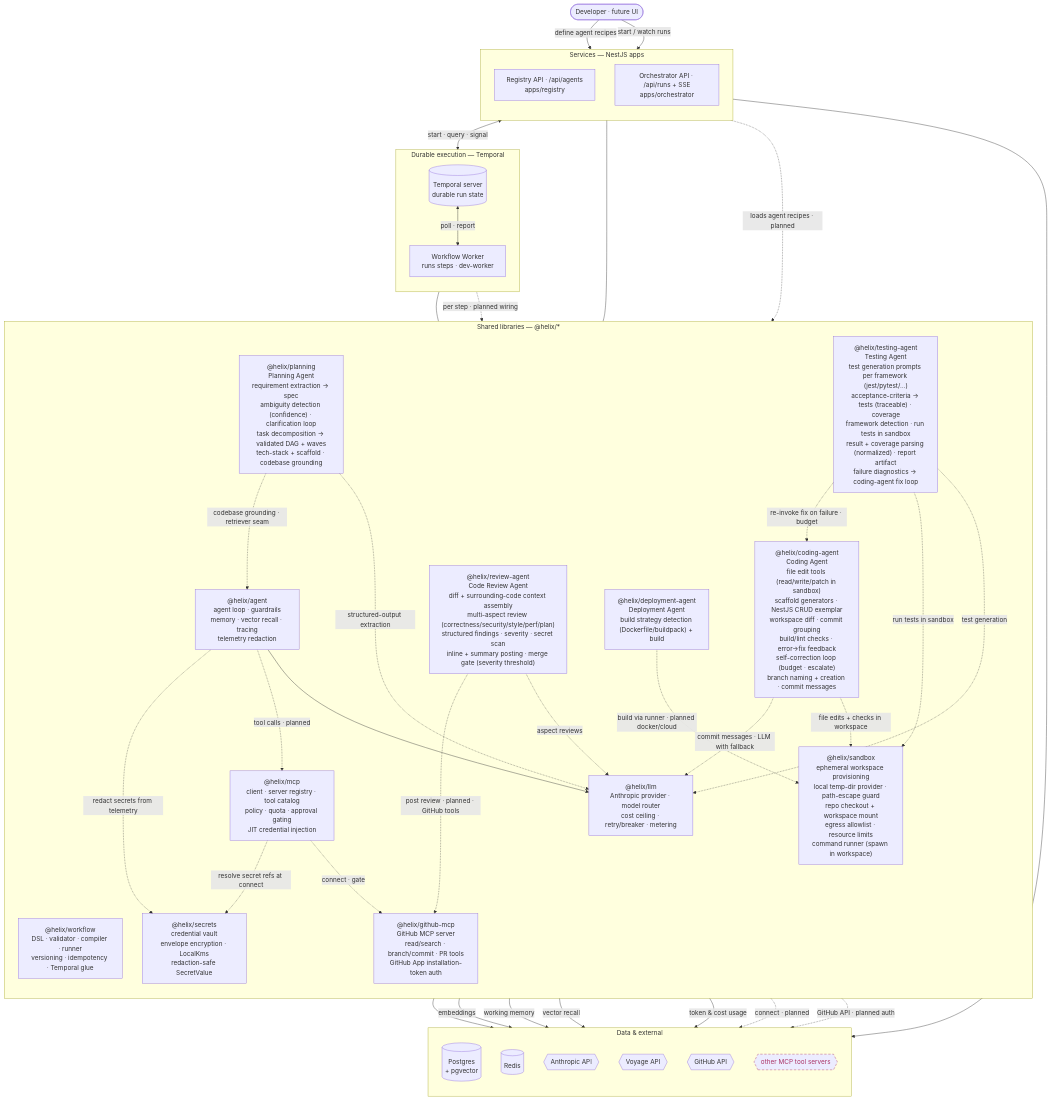
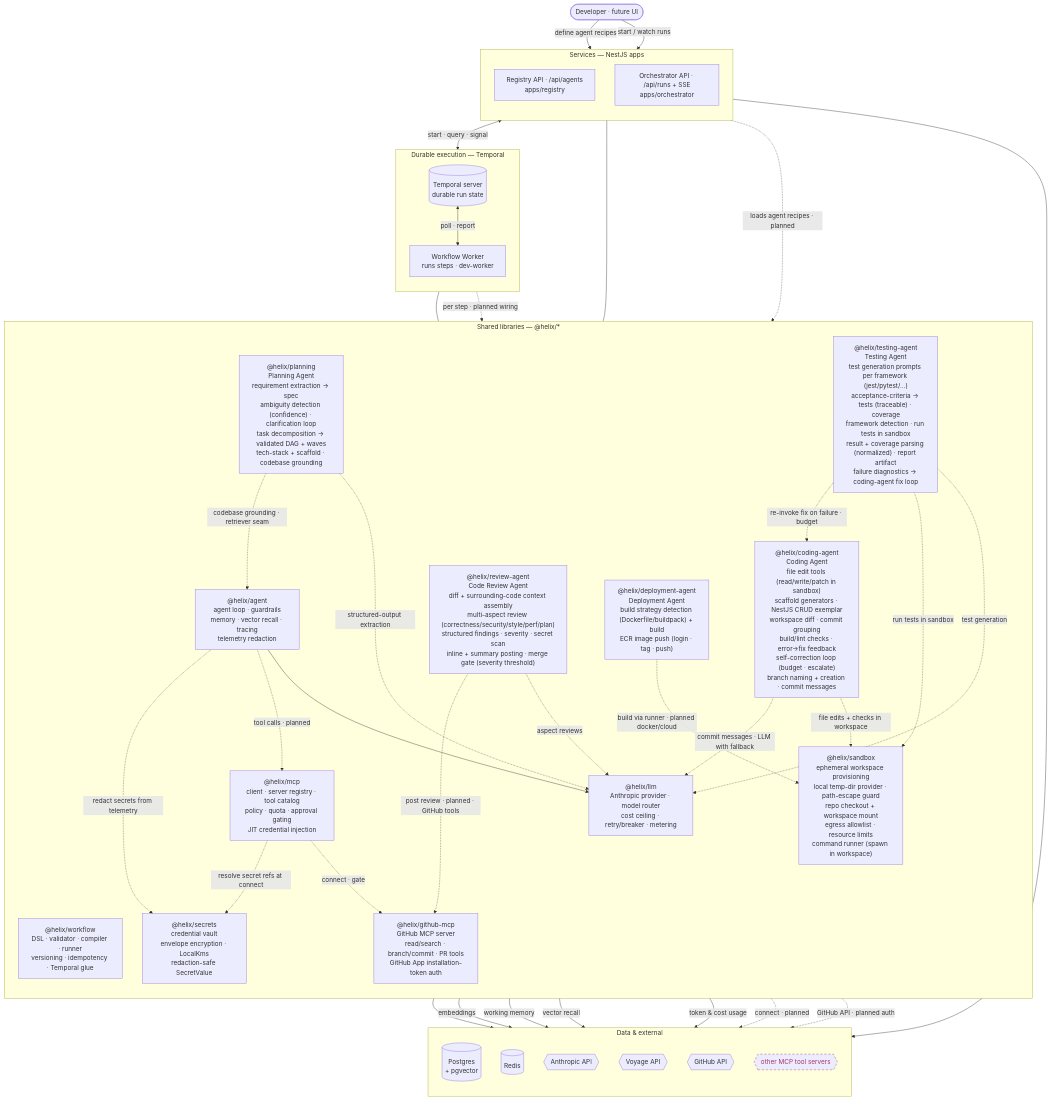
Before and after one commit to shhashhank/helix: the first of 2 diagrams in docs/ARCHITECTURE.md, drawn with Mermaid. The commit also changed other lines of this file and 5 other files, not shown here.

First line of the commit message:
HELIX-125: Image push to ECR (#89)

````diff
--- a/docs/ARCHITECTURE.md
+++ b/docs/ARCHITECTURE.md
@@ -16,77 +16,77 @@
 ```mermaid
 flowchart TB
   user([Developer · future UI])
 
   subgraph svc["Services — NestJS apps"]
     direction TB
     reg["Registry API · /api/agents<br/>apps/registry"]
     orc["Orchestrator API · /api/runs + SSE<br/>apps/orchestrator"]
   end
 
   subgraph dur["Durable execution — Temporal"]
     direction TB
     tmp[("Temporal server<br/>durable run state")]
     wkr["Workflow Worker<br/>runs steps · dev-worker"]
   end
 
   subgraph lib["Shared libraries — @helix/*"]
     direction TB
     wf["@helix/workflow<br/>DSL · validator · compiler · runner<br/>versioning · idempotency · Temporal glue"]
     ag["@helix/agent<br/>agent loop · guardrails<br/>memory · vector recall · tracing<br/>telemetry redaction"]
     lm["@helix/llm<br/>Anthropic provider · model router<br/>cost ceiling · retry/breaker · metering"]
     mc["@helix/mcp<br/>client · server registry · tool catalog<br/>policy · quota · approval gating<br/>JIT credential injection"]
     gh["@helix/github-mcp<br/>GitHub MCP server<br/>read/search · branch/commit · PR tools<br/>GitHub App installation-token auth"]
     sec["@helix/secrets<br/>credential vault<br/>envelope encryption · LocalKms<br/>redaction-safe SecretValue"]
     pl["@helix/planning<br/>Planning Agent<br/>requirement extraction → spec<br/>ambiguity detection (confidence) · clarification loop<br/>task decomposition → validated DAG + waves<br/>tech-stack + scaffold · codebase grounding"]
     sbx["@helix/sandbox<br/>ephemeral workspace provisioning<br/>local temp-dir provider · path-escape guard<br/>repo checkout + workspace mount<br/>egress allowlist · resource limits<br/>command runner (spawn in workspace)"]
     cag["@helix/coding-agent<br/>Coding Agent<br/>file edit tools (read/write/patch in sandbox)<br/>scaffold generators · NestJS CRUD exemplar<br/>workspace diff · commit grouping<br/>build/lint checks · error→fix feedback<br/>self-correction loop (budget · escalate)<br/>branch naming + creation · commit messages"]
     rev["@helix/review-agent<br/>Code Review Agent<br/>diff + surrounding-code context assembly<br/>multi-aspect review (correctness/security/style/perf/plan)<br/>structured findings · severity · secret scan<br/>inline + summary posting · merge gate (severity threshold)"]
     tst["@helix/testing-agent<br/>Testing Agent<br/>test generation prompts per framework (jest/pytest/…)<br/>acceptance-criteria → tests (traceable) · coverage<br/>framework detection · run tests in sandbox<br/>result + coverage parsing (normalized) · report artifact<br/>failure diagnostics → coding-agent fix loop"]
-    dep["@helix/deployment-agent<br/>Deployment Agent<br/>build strategy detection (Dockerfile/buildpack) + build"]
+    dep["@helix/deployment-agent<br/>Deployment Agent<br/>build strategy detection (Dockerfile/buildpack) + build<br/>ECR image push (login · tag · push)"]
   end
 
   subgraph dat["Data & external"]
     direction TB
     pg[("Postgres<br/>+ pgvector")]
     rd[("Redis")]
     an{{Anthropic API}}
     vo{{Voyage API}}
     gha{{GitHub API}}
     ext{{other MCP tool servers}}
   end
 
   user -->|define agent recipes| reg
   user -->|start / watch runs| orc
   reg --> pg
   orc <-->|start · query · signal| tmp
   tmp <-->|poll · report| wkr
   wkr --- wf
   orc --- wf
   wkr -.->|per step · planned wiring| ag
   reg -.->|loads agent recipes · planned| ag
   ag --> lm
   ag -.->|tool calls · planned| mc
   lm --> an
   ag -->|embeddings| vo
   ag -->|working memory| rd
   ag -->|vector recall| pg
   lm -->|token & cost usage| pg
   mc -.->|connect · gate| gh
   mc -.->|connect · planned| ext
   mc -.->|resolve secret refs at connect| sec
   ag -.->|redact secrets from telemetry| sec
   pl -.->|structured-output extraction| lm
   pl -.->|codebase grounding · retriever seam| ag
   cag -.->|file edits + checks in workspace| sbx
   cag -.->|commit messages · LLM with fallback| lm
   rev -.->|aspect reviews| lm
   tst -.->|test generation| lm
   tst -.->|run tests in sandbox| sbx
   tst -.->|re-invoke fix on failure · budget| cag
   dep -.->|build via runner · planned docker/cloud| sbx
   rev -.->|post review · planned · GitHub tools| gh
   gh -.->|GitHub API · planned auth| gha
 
   classDef planned stroke-dasharray:6 4,stroke:#a36,color:#a36;
   class ext planned;
 ```
````
